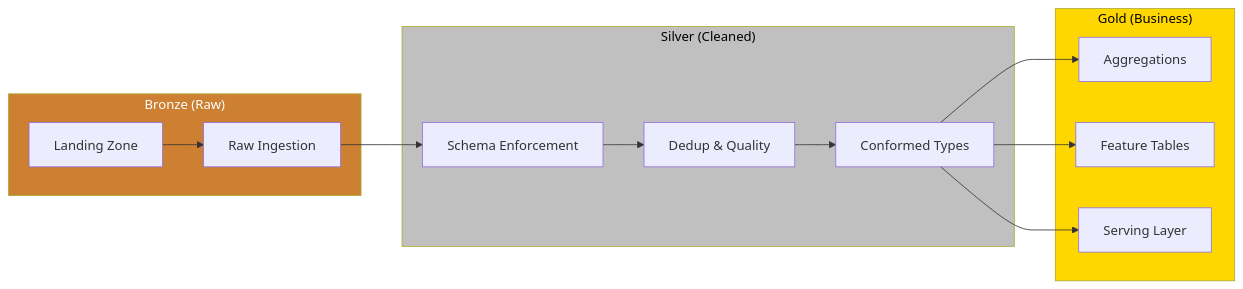
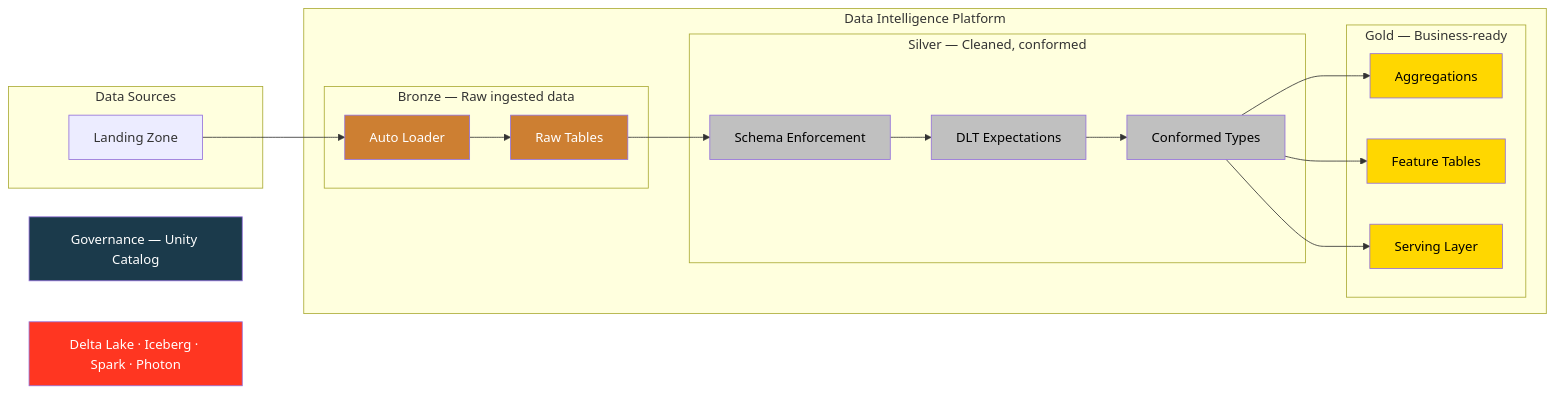
The tenth of 22 diagrams in diagram/SKILL.md (saselvan/claude-skills), drawn with Mermaid before and after one commit. The commit also changed other lines of this file and 2 other files, not shown here.

Commit message:
diagram v3.1: border conventions, icon conventions, cloud platform layer, lifecycle exception, expanded product naming — from Databricks ref arch analysis

````diff
--- a/diagram/SKILL.md
+++ b/diagram/SKILL.md
@@ -419,23 +678,39 @@
 ```mermaid
 flowchart LR
-    subgraph Bronze["Bronze (Raw)"]
-        B1[Landing Zone]
-        B2[Raw Ingestion]
+    subgraph sources["Data Sources"]
+        S1[Landing Zone]
     end
-    subgraph Silver["Silver (Cleaned)"]
-        S1[Schema Enforcement]
-        S2[Dedup & Quality]
-        S3[Conformed Types]
-    end
-    subgraph Gold["Gold (Business)"]
-        G1[Aggregations]
-        G2[Feature Tables]
-        G3[Serving Layer]
+    subgraph platform["Data Intelligence Platform"]
+        subgraph bronze["Bronze — Raw ingested data"]
+            B1[Auto Loader]
+            B2[Raw Tables]
+        end
+        subgraph silver["Silver — Cleaned, conformed"]
+            S2[Schema Enforcement]
+            S3[DLT Expectations]
+            S4[Conformed Types]
+        end
+        subgraph gold["Gold — Business-ready"]
+            G1[Aggregations]
+            G2[Feature Tables]
+            G3[Serving Layer]
+        end
     end
 
-    B1 --> B2 --> S1 --> S2 --> S3 --> G1 & G2 & G3
+    governance["Governance — Unity Catalog"]
+    foundation["Delta Lake · Iceberg · Spark · Photon"]
 
-    style Bronze fill:#CD7F32,color:#fff
-    style Silver fill:#C0C0C0,color:#000
-    style Gold fill:#FFD700,color:#000
+    S1 --> B1 --> B2 --> S2 --> S3 --> S4 --> G1 & G2 & G3
+
+    classDef bronze_style fill:#CD7F32,color:#fff
+    classDef silver_style fill:#C0C0C0,color:#000
+    classDef gold_style fill:#FFD700,color:#000
+    classDef gov fill:#1B3A4B,color:#fff
+    classDef found fill:#FF3621,color:#fff
+
+    class B1,B2 bronze_style
+    class S2,S3,S4 silver_style
+    class G1,G2,G3 gold_style
+    class governance gov
+    class foundation found
 ```
````
